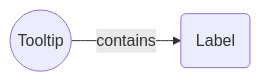
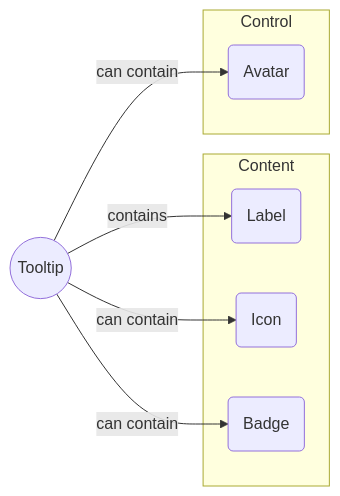
One commit to incremental-design/seamlss-design-system changed diagram 27 of 39 in Components.md. Above: the diagram before and after it, drawn with Mermaid. The commit also changed other lines of this file and 1 other file, not shown here.

````diff
--- a/Components.md
+++ b/Components.md
@@ -194,4 +401,13 @@
 ```mermaid
 flowchart LR
 	T((Tooltip)) -- contains --> L(Label)
+	T -- can contain --> I(Icon) & A(Avatar) & B(Badge)
+	subgraph Content
+		L
+		I
+		B
+	end
+	subgraph Control
+		A
+	end
 ```
````
